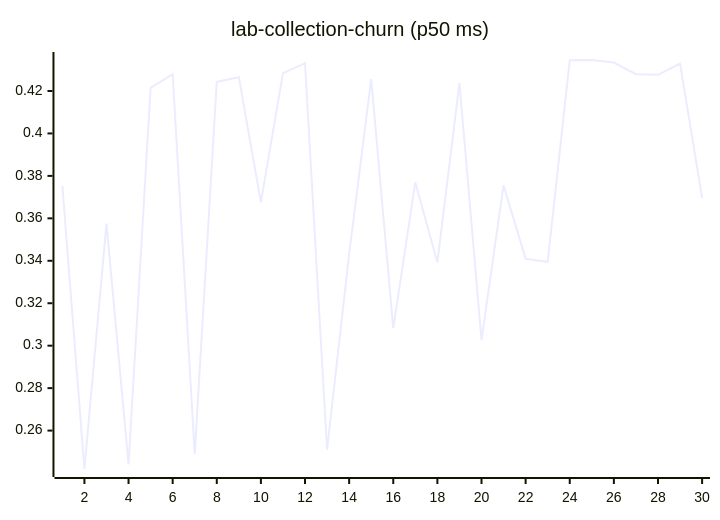
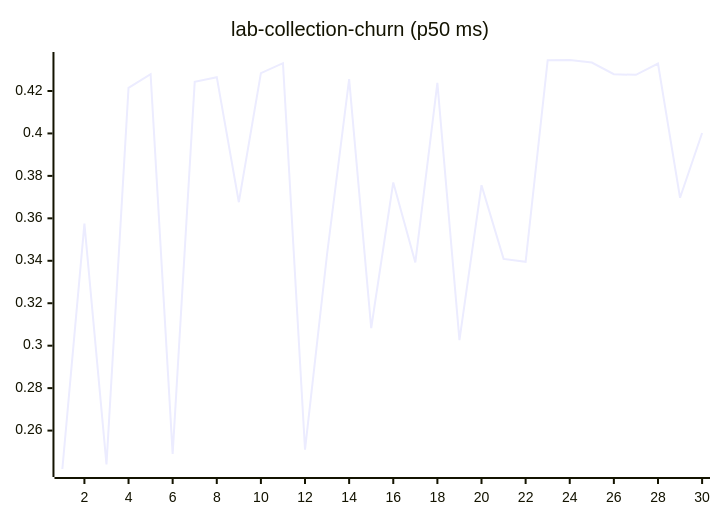
One commit to josha/Facet changed diagram 11 of 27 in README.md. Above: the diagram before and after it, drawn with Mermaid. The commit also changed other lines of this file and 2 other files, not shown here.

````diff
--- a/README.md
+++ b/README.md
@@ -133,6 +133,6 @@
 ```mermaid
 xychart-beta
     title "lab-collection-churn (p50 ms)"
     x-axis 1 --> 30
-    line [0.3753, 0.2419, 0.3575, 0.2441, 0.4215, 0.4279, 0.2490, 0.4243, 0.4265, 0.3676, 0.4284, 0.4331, 0.2510, 0.3432, 0.4256, 0.3083, 0.3769, 0.3392, 0.4238, 0.3026, 0.3756, 0.3409, 0.3395, 0.4345, 0.4346, 0.4334, 0.4279, 0.4276, 0.4329, 0.3697]
+    line [0.2419, 0.3575, 0.2441, 0.4215, 0.4279, 0.2490, 0.4243, 0.4265, 0.3676, 0.4284, 0.4331, 0.2510, 0.3432, 0.4256, 0.3083, 0.3769, 0.3392, 0.4238, 0.3026, 0.3756, 0.3409, 0.3395, 0.4345, 0.4346, 0.4334, 0.4279, 0.4276, 0.4329, 0.3697, 0.4002]
 ```
````
